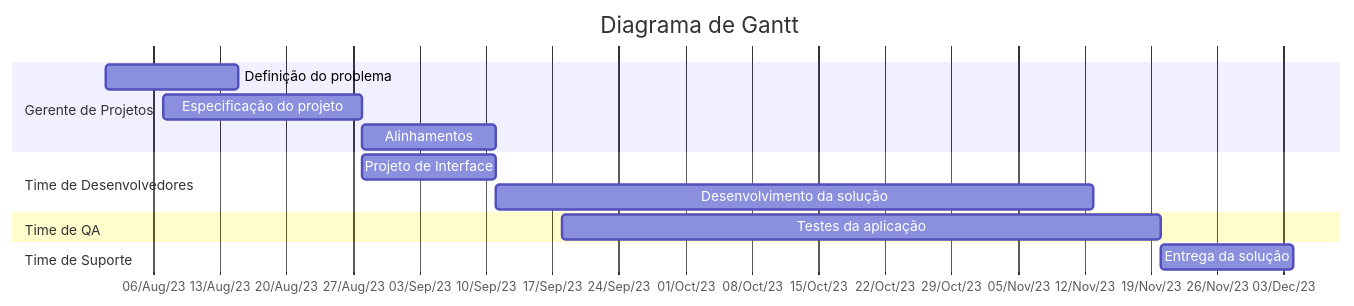
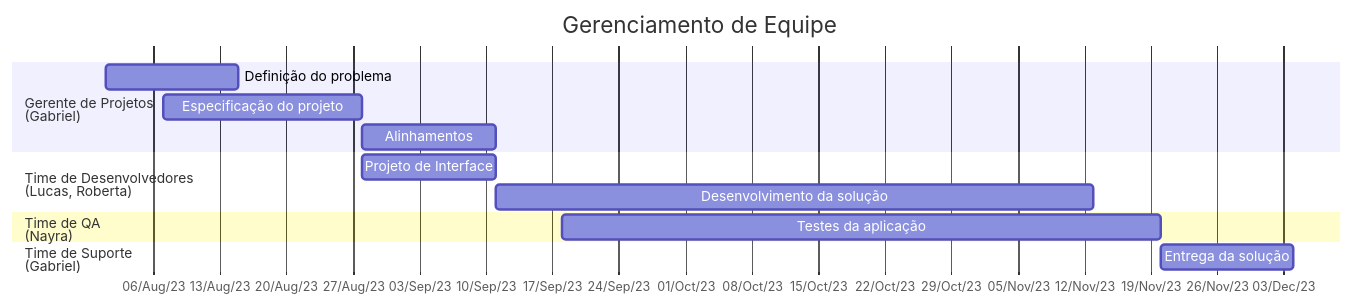
One commit to ICEI-PUC-Minas-PMV-ADS/pmv-ads-2023-2-e3-proj-mov-t3-time4-fit changed the third of 3 diagrams in docs/02-Especificação do Projeto.md. Above: the diagram before and after it, drawn with Mermaid. The commit also changed other lines of this file, not shown here.

Commit message:
Update 02-Especificação do Projeto.md

````diff
--- a/docs/02-Especificação do Projeto.md
+++ b/docs/02-Especificação do Projeto.md
@@ -207,22 +207,22 @@
 ```mermaid
 gantt
-    title Diagrama de Gantt
+    title Gerenciamento de Equipe
     todayMarker off
     dateFormat  YYYY-MMM-DD
     axisFormat %d/%b/%y
 
-    section Gerente de Projetos
+    section Gerente de Projetos <br>(Gabriel)
     Definição do problema : 2023-08-01, 14d
     Especificação do projeto    : 2023-08-07, 21d
     Alinhamentos  : 2023-08-28, 14d
 
-    section Time de Desenvolvedores
+    section Time de Desenvolvedores <br>(Lucas, Roberta)
     Projeto de Interface      : 2023-08-28, 14d
     Desenvolvimento da solução    : 63d
 
-    section Time de QA
+    section Time de QA <br>(Nayra)
     Testes da aplicação : 2023-09-18  , 63d
 
-    section Time de Suporte
+    section Time de Suporte <br>(Gabriel)
     Entrega da solução  :2023-11-20  , 14d
 ```
````
